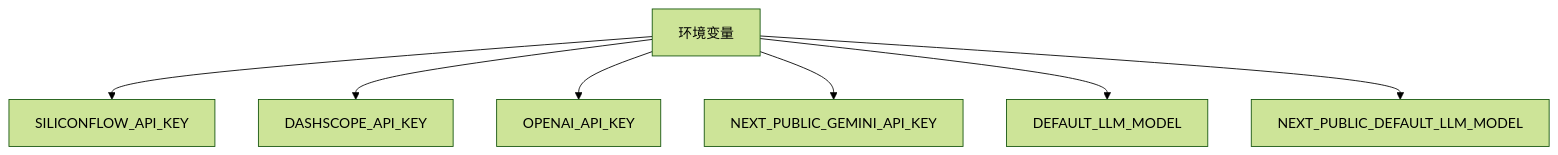
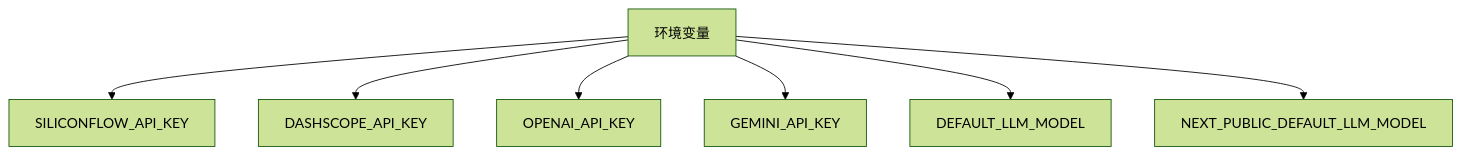
The seventh of 8 diagrams in .qoder/repowiki/zh/content/API接口文档/_api_run-node/LLM提供商配置.md (JasperLin2333/Flash-Flow), drawn with Mermaid (forest theme) before and after one commit. The commit also changed other lines of this file and 91 other files, not shown here.

````diff
--- a/.qoder/repowiki/zh/content/API接口文档/_api_run-node/LLM提供商配置.md
+++ b/.qoder/repowiki/zh/content/API接口文档/_api_run-node/LLM提供商配置.md
@@ -166,9 +174,9 @@
 ```mermaid
 flowchart TD
 A[环境变量] --> B[SILICONFLOW_API_KEY]
 A --> C[DASHSCOPE_API_KEY]
 A --> D[OPENAI_API_KEY]
-A --> E[NEXT_PUBLIC_GEMINI_API_KEY]
+A --> E[GEMINI_API_KEY]
 A --> F[DEFAULT_LLM_MODEL]
 A --> G[NEXT_PUBLIC_DEFAULT_LLM_MODEL]
 ```
````
